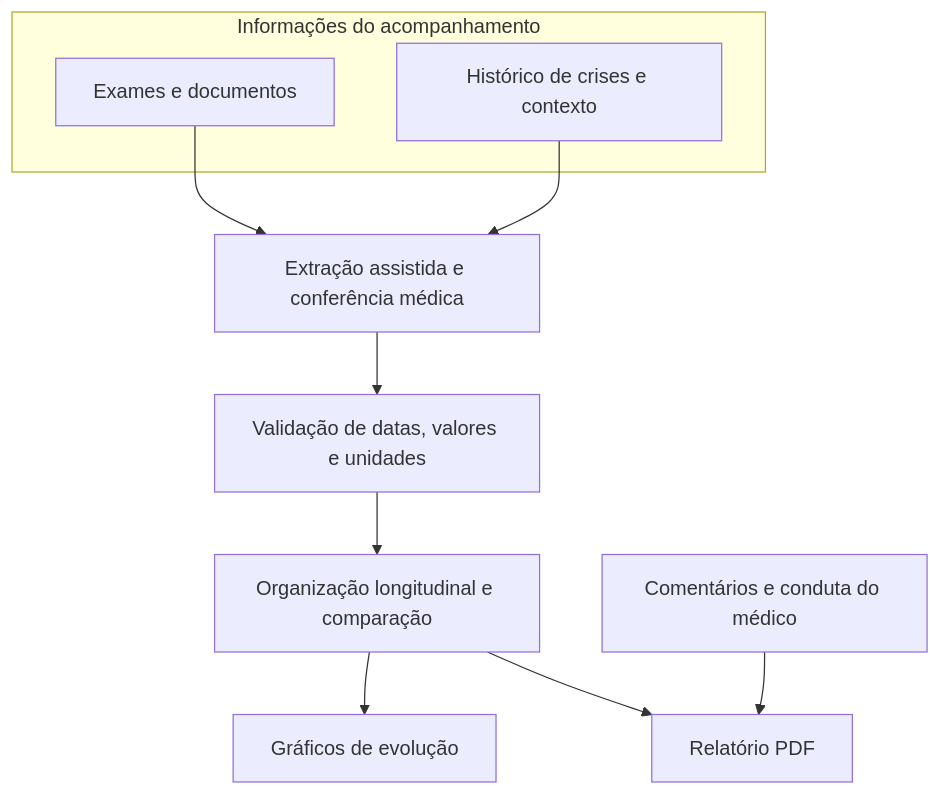
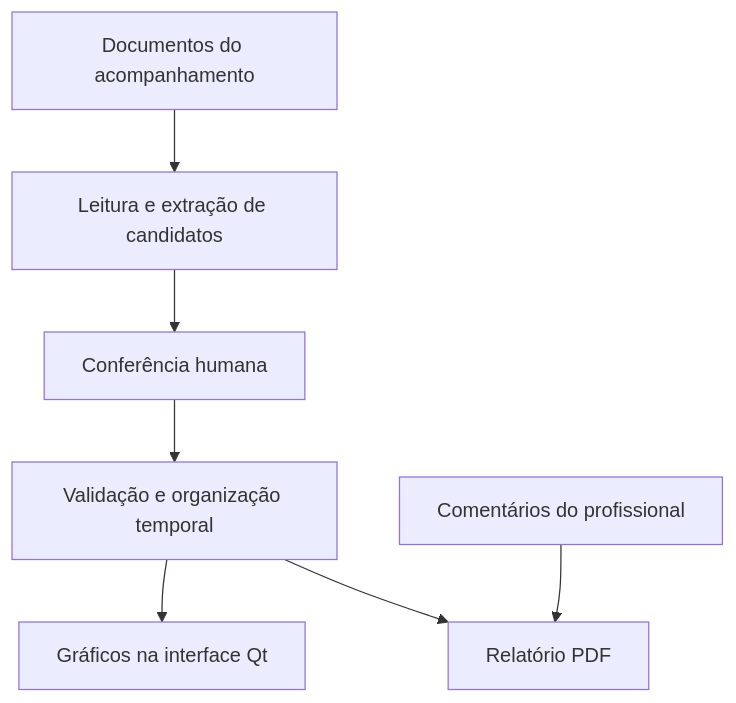
Before and after one commit to ohucas/Falciforme-Explicavel: the first of 2 diagrams in README.md, drawn with Mermaid. The commit also changed other lines of this file and 18 other files, not shown here.

````diff
--- a/README.md
+++ b/README.md
@@ -59,14 +71,9 @@
 ```mermaid
 flowchart TD
-    subgraph Entrada["Informações do acompanhamento"]
-        A["Exames e documentos"]
-        B["Histórico de crises e contexto"]
-    end
-    A --> C["Extração assistida e conferência médica"]
-    B --> C
-    C --> D["Validação de datas, valores e unidades"]
-    D --> E["Organização longitudinal e comparação"]
-    E --> F["Gráficos de evolução"]
-    E --> G["Relatório PDF"]
-    H["Comentários e conduta do médico"] --> G
+    A["Documentos do acompanhamento"] --> B["Leitura e extração de candidatos"]
+    B --> C["Conferência humana"]
+    C --> D["Validação e organização temporal"]
+    D --> E["Gráficos na interface Qt"]
+    D --> F["Relatório PDF"]
+    G["Comentários do profissional"] --> F
 ```
````
